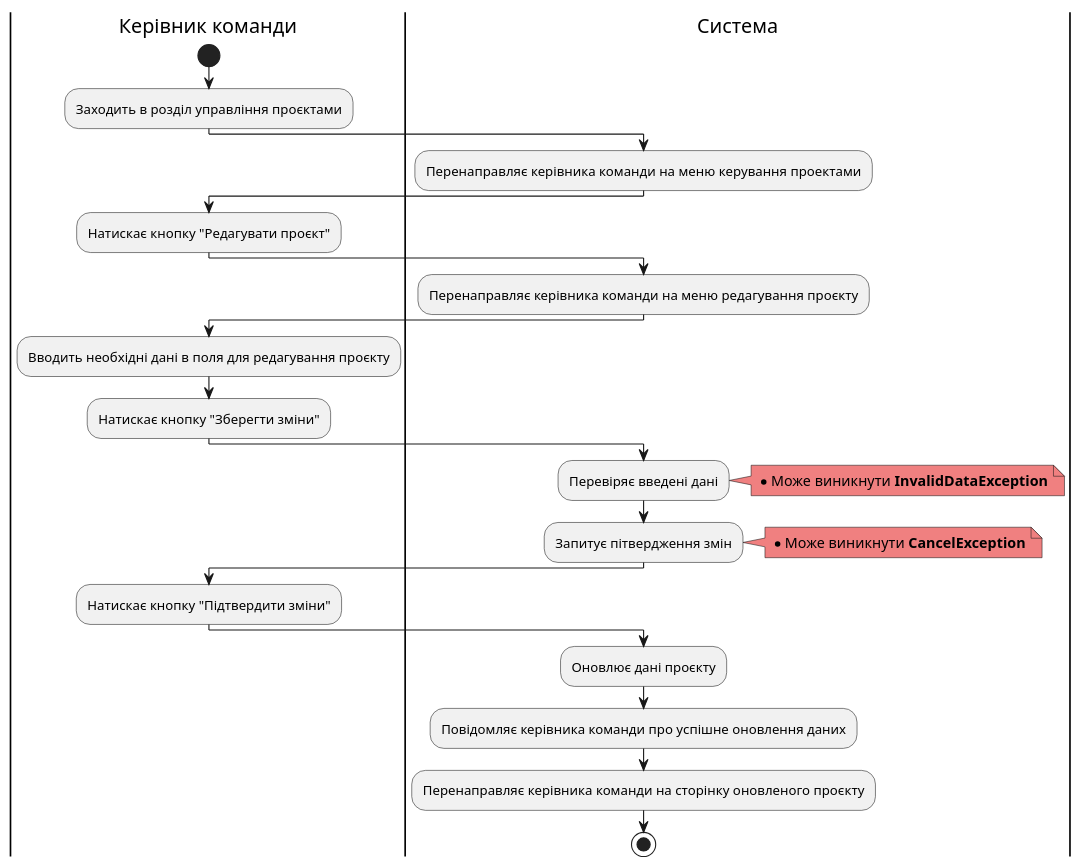
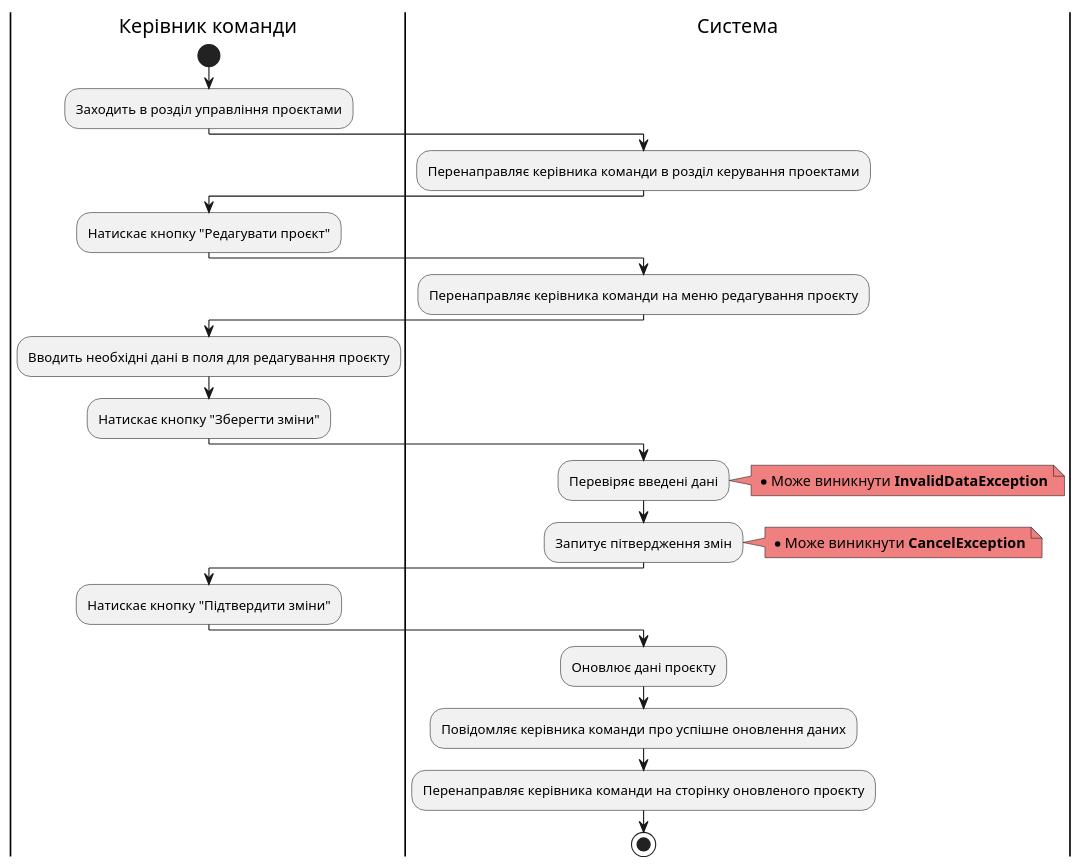
Before and after one commit to samoilenkomariia/db-coursework: the seventh of 11 diagrams in docs/use cases/README.md, drawn with PlantUML. The commit also changed other lines of this file, not shown here.

```diff
--- a/docs/use cases/README.md
+++ b/docs/use cases/README.md
@@ -266,33 +266,33 @@
 @startuml
 
     |Керівник команди|
     start
     :Заходить в розділ управління проєктами;
     |Система|
-    :Перенаправляє керівника команди на меню керування проектами;
+    :Перенаправляє керівника команди в розділ керування проектами;
     |Керівник команди|
     :Натискає кнопку "Редагувати проєкт";
     |Система|
     :Перенаправляє керівника команди на меню редагування проєкту;
     |Керівник команди|
     :Вводить необхідні дані в поля для редагування проєкту;
     :Натискає кнопку "Зберегти зміни";
     |Система|
     :Перевіряє введені дані;
     note right #lightcoral
         * Може виникнути <b>InvalidDataException</b>
     end note
     :Запитує пітвердження змін;
     note right #lightcoral
         * Може виникнути <b>CancelException</b>
     end note
     |Керівник команди|
     :Натискає кнопку "Підтвердити зміни";
     |Система|
     :Оновлює дані проєкту;
     :Повідомляє керівника команди про успішне оновлення даних;
     :Перенаправляє керівника команди на сторінку оновленого проєкту;
     stop
     
 
 @enduml
```
